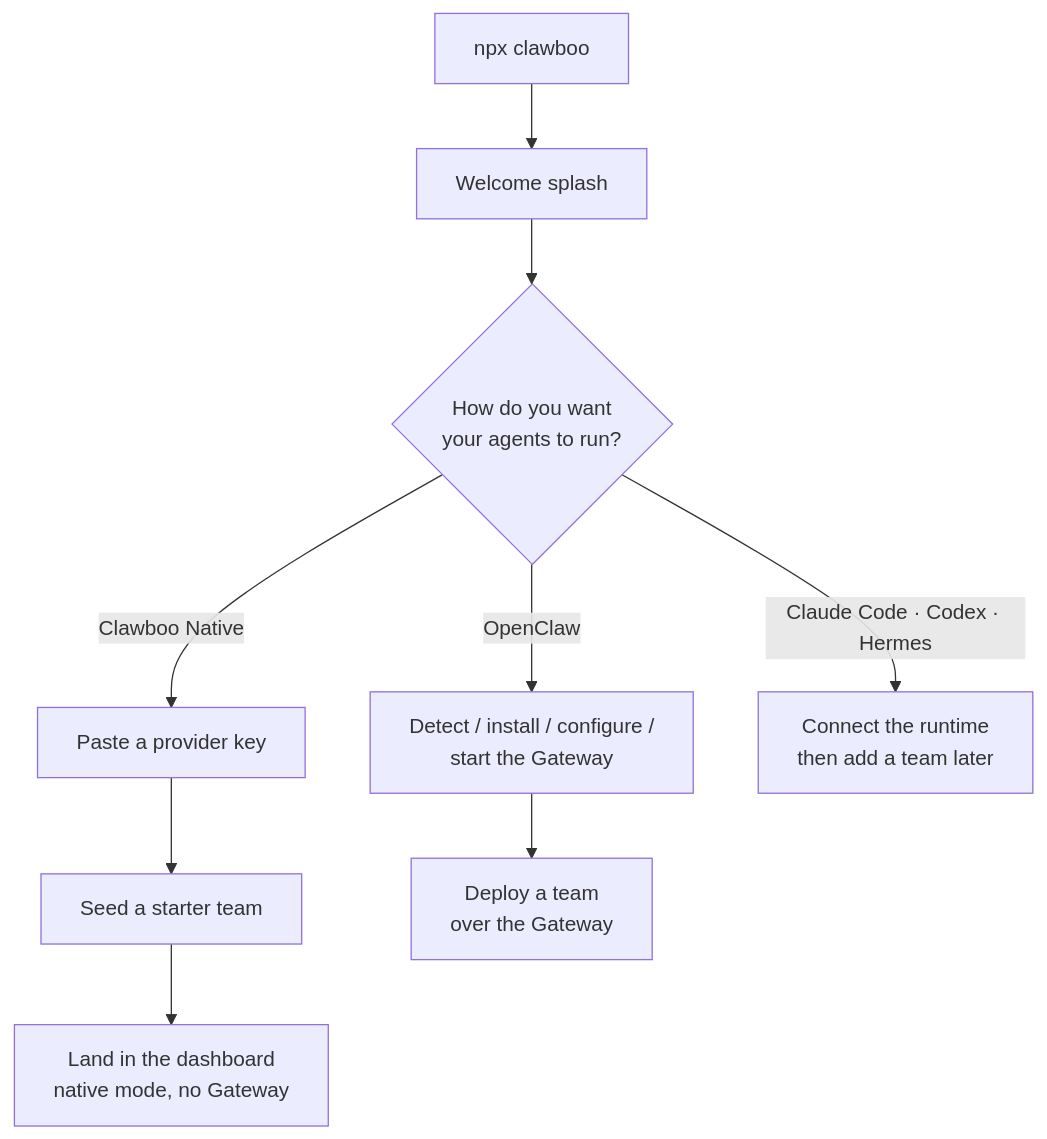
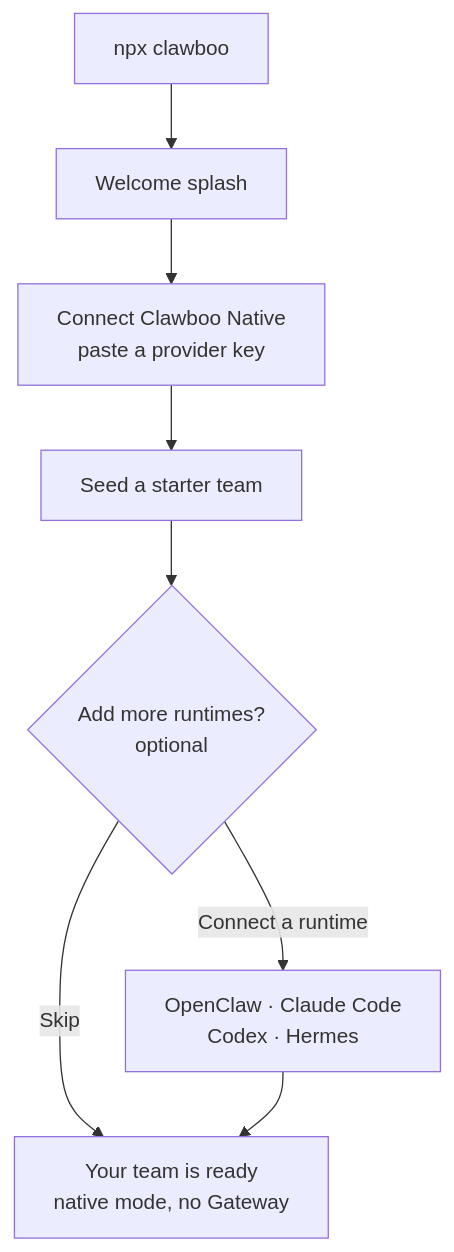
One commit to clawboo/clawboo changed the diagram in docs/getting-started/index.md. Above: the diagram before and after it, drawn with Mermaid. The commit also changed other lines of this file and 427 other files, not shown here.

First line of the commit message:
feat(native): introduce native-first orchestration, onboarding, and web platform flows (#48)

````diff
--- a/docs/getting-started/index.md
+++ b/docs/getting-started/index.md
@@ -36,11 +36,10 @@
 ```mermaid
 flowchart TD
     A[npx clawboo] --> B[Welcome splash]
-    B --> C{How do you want<br/>your agents to run?}
-    C -->|Clawboo Native| D[Paste a provider key]
-    D --> E[Seed a starter team]
-    E --> F[Land in the dashboard<br/>native mode, no Gateway]
-    C -->|OpenClaw| G[Detect / install / configure /<br/>start the Gateway]
-    G --> H[Deploy a team<br/>over the Gateway]
-    C -->|Claude Code · Codex · Hermes| I[Connect the runtime<br/>then add a team later]
+    B --> C[Connect Clawboo Native<br/>paste a provider key]
+    C --> D[Seed a starter team]
+    D --> E{Add more runtimes?<br/>optional}
+    E -->|Skip| G[Your team is ready<br/>native mode, no Gateway]
+    E -->|Connect a runtime| F[OpenClaw · Claude Code<br/>Codex · Hermes]
+    F --> G
 ```
````
